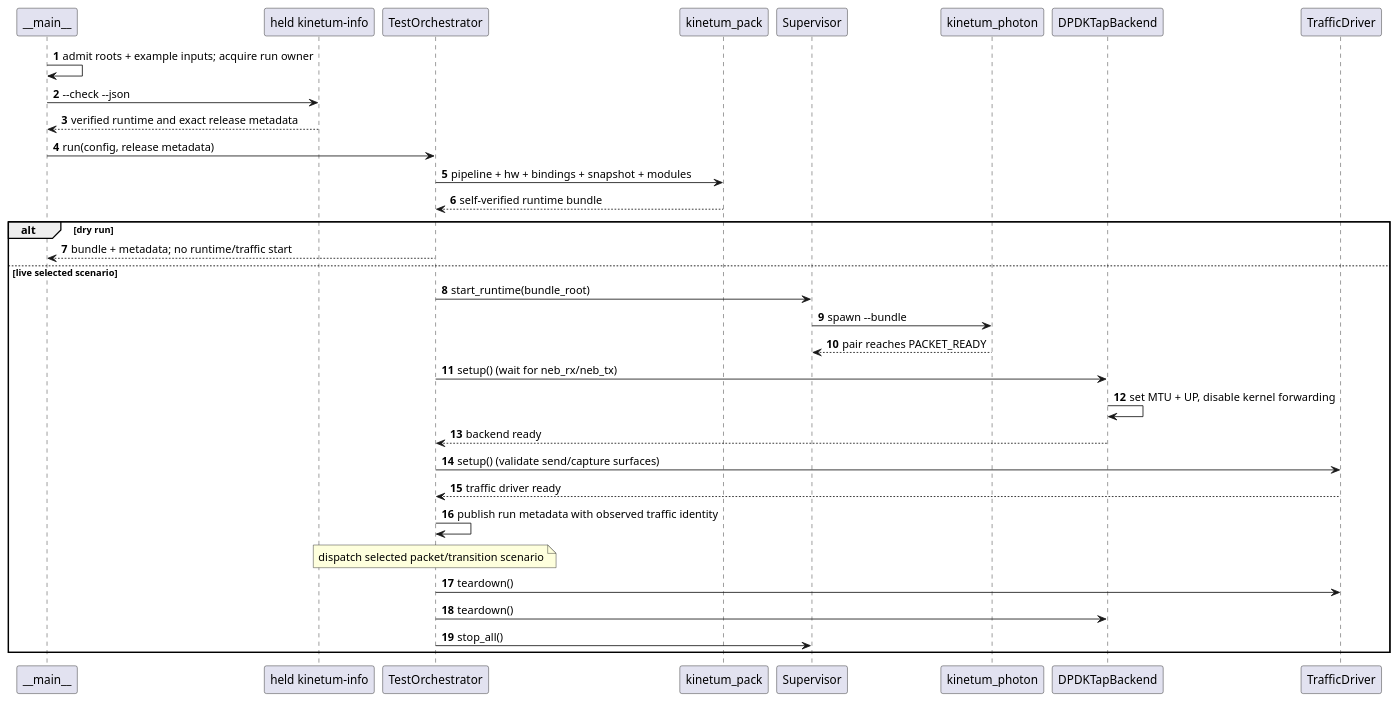
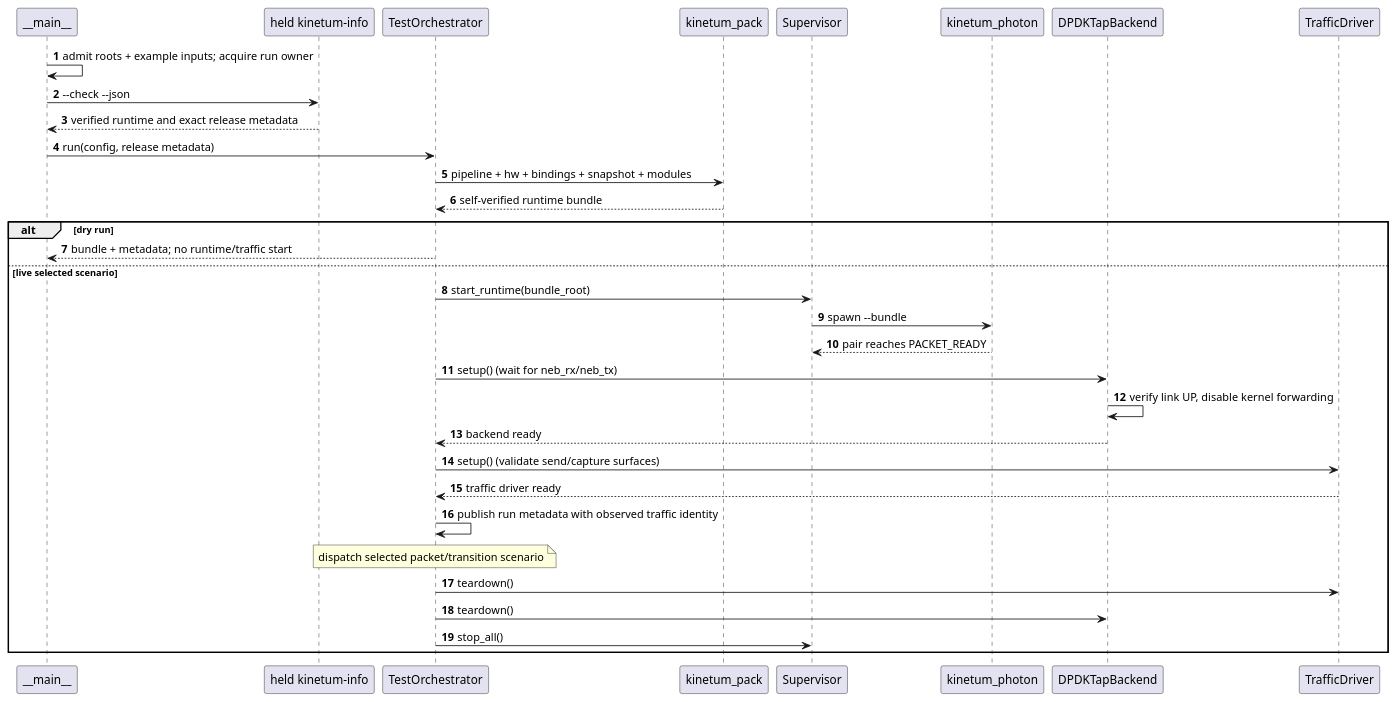
The second of 3 diagrams in docs/VALIDATION_GUIDE.md (flemingpatel/kinetum), drawn with PlantUML before and after one commit. The commit also changed other lines of this file and 82 other files, not shown here.

````diff
--- a/docs/VALIDATION_GUIDE.md
+++ b/docs/VALIDATION_GUIDE.md
@@ -473,37 +473,37 @@
 ```{uml}
 @startuml
     autonumber
     participant "~__main~__" as CLI
     participant "held kinetum-info" as Info
     participant "TestOrchestrator" as Orc
     participant "kinetum_pack" as PK
     participant "Supervisor" as Sup
     participant "kinetum_photon" as PH
     participant "DPDKTapBackend" as Bck
     participant "TrafficDriver" as Trf
 
     CLI->CLI: admit roots + example inputs; acquire run owner
     CLI->Info: ~--check ~--json
     Info-->CLI: verified runtime and exact release metadata
     CLI->Orc: run(config, release metadata)
     Orc->PK: pipeline + hw + bindings + snapshot + modules
     PK-->Orc: self-verified runtime bundle
     alt dry run
         Orc-->CLI: bundle + metadata; no runtime/traffic start
     else live selected scenario
         Orc->Sup: start_runtime(bundle_root)
         Sup->PH: spawn ~--bundle
         PH-->Sup: pair reaches PACKET_READY
         Orc->Bck: setup() (wait for neb_rx/neb_tx)
-        Bck->Bck: set MTU + UP, disable kernel forwarding
+        Bck->Bck: verify link UP, disable kernel forwarding
         Bck-->Orc: backend ready
         Orc->Trf: setup() (validate send/capture surfaces)
         Trf-->Orc: traffic driver ready
         Orc->Orc: publish run metadata with observed traffic identity
         note over Orc: dispatch selected packet/transition scenario
         Orc->Trf: teardown()
         Orc->Bck: teardown()
         Orc->Sup: stop_all()
     end
 @enduml
 ```
````
